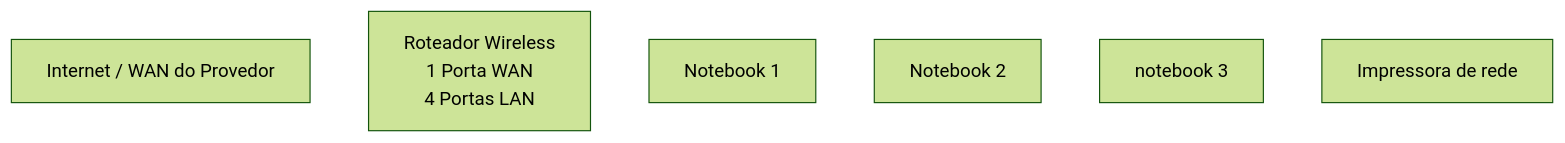
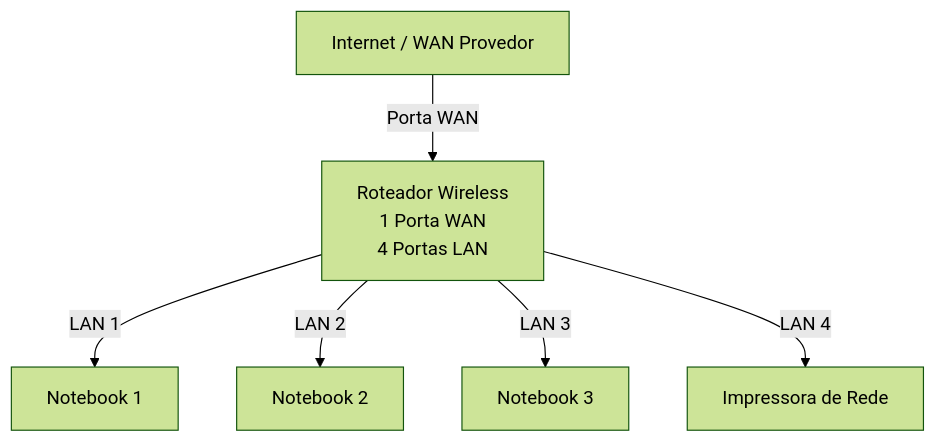
Before and after one commit to danielvdo/lab-redes01: the diagram in README.md, drawn with Mermaid (forest theme).

````diff
--- a/README.md
+++ b/README.md
@@ -34,13 +34,20 @@
 ```mermaid
 graph TD
 
-WAN[Internet / WAN do Provedor]
+WAN[Internet / WAN Provedor]
 
 Router[Roteador Wireless<br>1 Porta WAN<br>4 Portas LAN]
 
 PC1[Notebook 1]
 PC2[Notebook 2]
-PC3[notebook 3]
+PC3[Notebook 3]
 
-Printer[Impressora de rede]
+Printer[Impressora de Rede]
+
+WAN --> |Porta WAN| Router
+
+Router --> |LAN 1| PC1
+Router --> |LAN 2| PC2
+Router --> |LAN 3| PC3
+Router --> |LAN 4| Printer                                                  
 ```
````
